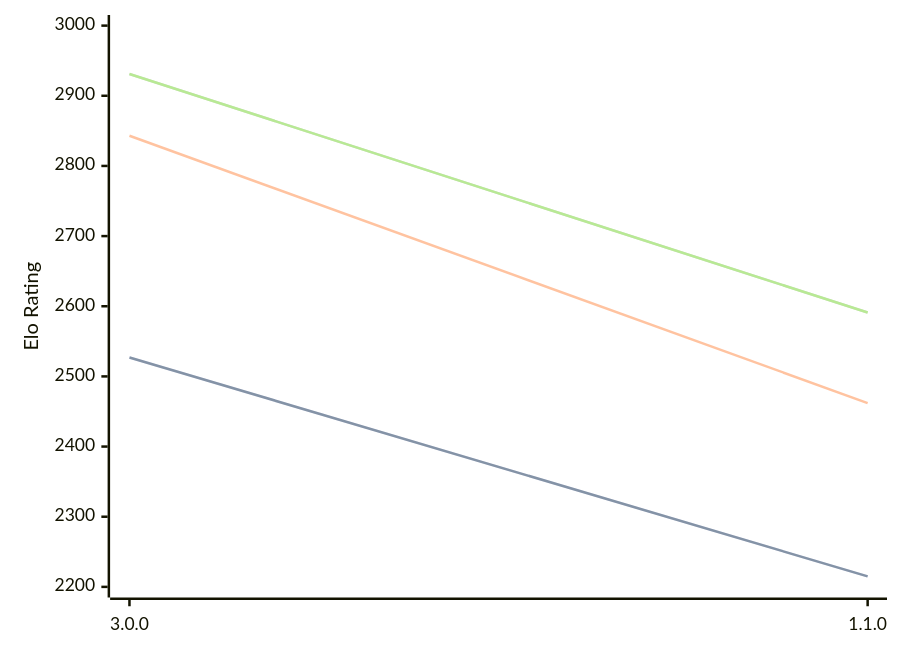
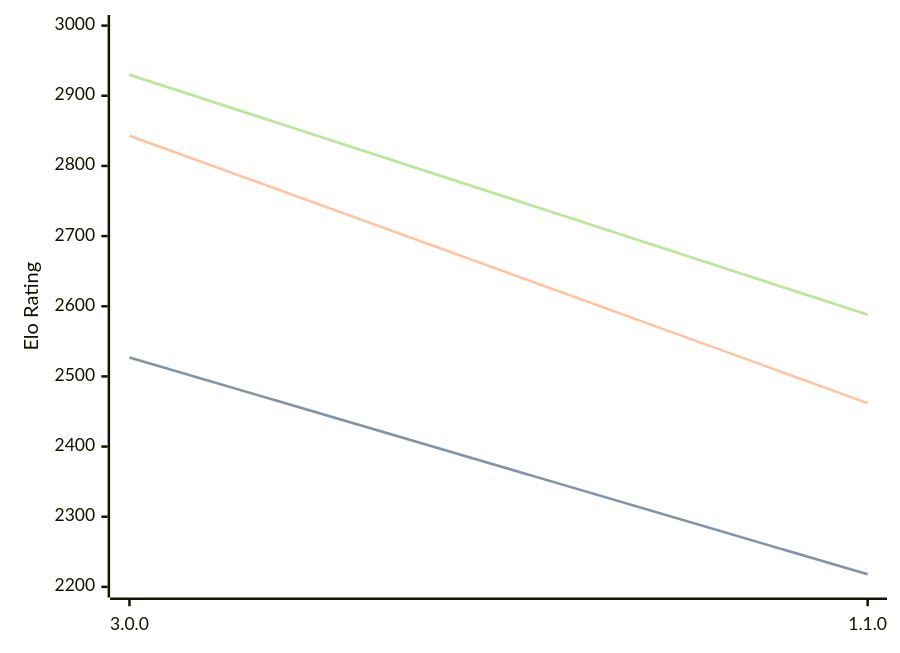
Before and after one commit to computer-chess-index/cci: the diagram in engines/Potential.md, drawn with Mermaid. The commit also changed other lines of this file, not shown here.

Commit message:
Update CCI Ratings (ELO VLTC) - 2026-06-12

````diff
--- a/engines/Potential.md
+++ b/engines/Potential.md
@@ -34,11 +34,11 @@
 ```mermaid
 %%{init: {"theme":"base","themeVariables":{"seriesColors:['#a3a3a3','#222221','#faa371']}}}%%
 xychart-beta
   x-axis ["3.0.0", "1.1.0"]
   y-axis "Elo Rating" 2200 --> 3000
-  line "STC (8.0+0.08s)" [2527, 2215]
-  line "STC (8.0+0.08s)" [2527, 2215]
+  line "STC (8.0+0.08s)" [2527, 2218]
+  line "STC (8.0+0.08s)" [2527, 2218]
   line "LTC (60.0+0.60s)" [2843, 2462]
-  line "VLTC (2m24s+1.12s)" [2931, 2591]
-  line "VLTC (2m24s+1.12s)" [2931, 2591]
+  line "VLTC (2m24s+1.12s)" [2930, 2588]
+  line "VLTC (2m24s+1.12s)" [2930, 2588]
 ```
````
